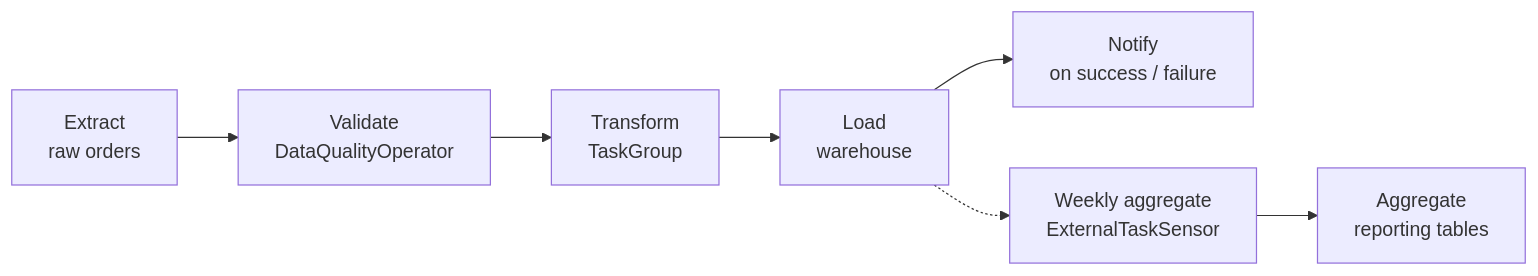
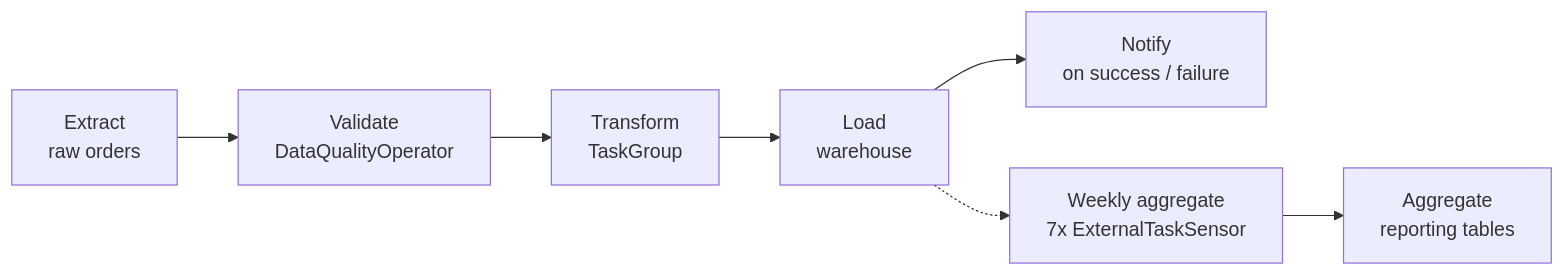
Before and after one commit to harishsingi/airflow-pipeline-orchestration: the diagram in README.md, drawn with Mermaid. The commit also changed other lines of this file and 34 other files, not shown here.

````diff
--- a/README.md
+++ b/README.md
@@ -46,9 +47,9 @@
 ```mermaid
 flowchart LR
     E[Extract<br/>raw orders] --> V[Validate<br/>DataQualityOperator]
     V --> T[Transform<br/>TaskGroup]
     T --> L[Load<br/>warehouse]
     L --> N[Notify<br/>on success / failure]
-    L -.-> W[Weekly aggregate<br/>ExternalTaskSensor]
+    L -.-> W[Weekly aggregate<br/>7x ExternalTaskSensor]
     W --> A[Aggregate<br/>reporting tables]
 ```
````
